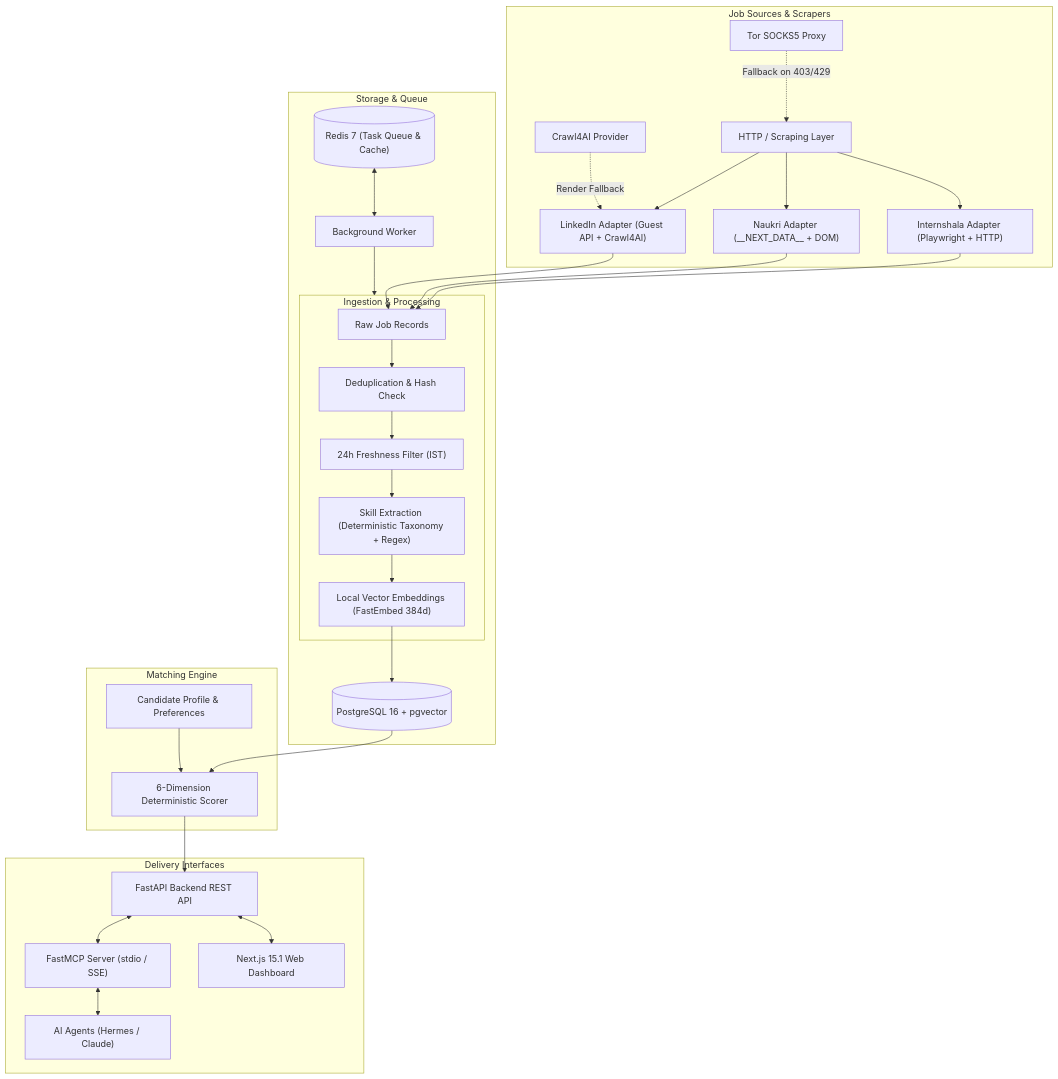
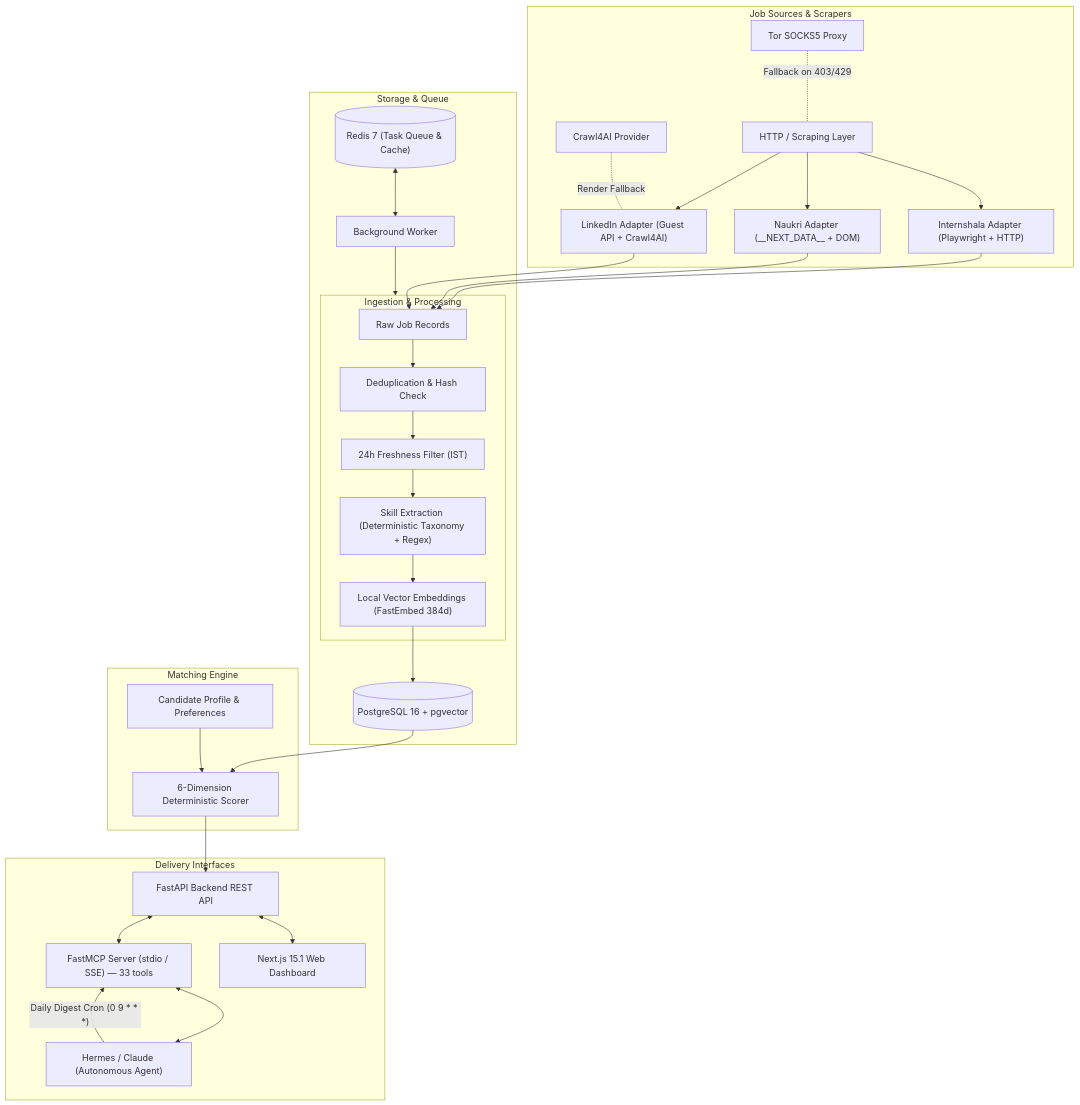
The diagram in README.MD (vivans720/AI-Job-Search), drawn with Mermaid before and after one commit. The commit also changed other lines of this file and 1 other file, not shown here.

````diff
--- a/README.MD
+++ b/README.MD
@@ -17,41 +17,42 @@
 ```mermaid
 flowchart TD
     subgraph Sources["Job Sources & Scrapers"]
         IN["Internshala Adapter (Playwright + HTTP)"]
         NK["Naukri Adapter (__NEXT_DATA__ + DOM)"]
         LI["LinkedIn Adapter (Guest API + Crawl4AI)"]
-        C4["Crawl4AI Provider"] -.->|Render Fallback| LI
-        TOR["Tor SOCKS5 Proxy"] -.->|Fallback on 403/429| HTTP["HTTP / Scraping Layer"]
+        C4["Crawl4AI Provider"] -.-|Render Fallback| LI
+        TOR["Tor SOCKS5 Proxy"] -.-|Fallback on 403/429| HTTP["HTTP / Scraping Layer"]
         HTTP --> IN
         HTTP --> NK
         HTTP --> LI
     end
 
     subgraph Pipeline["Ingestion & Processing"]
         IN --> RAW["Raw Job Records"]
         NK --> RAW
         LI --> RAW
         RAW --> DEDUP["Deduplication & Hash Check"]
         DEDUP --> FRESH["24h Freshness Filter (IST)"]
         FRESH --> SKILLS["Skill Extraction (Deterministic Taxonomy + Regex)"]
         SKILLS --> EMBED["Local Vector Embeddings (FastEmbed 384d)"]
     end
 
     subgraph Storage["Storage & Queue"]
         EMBED --> PG[("PostgreSQL 16 + pgvector")]
         REDIS[("Redis 7 (Task Queue & Cache)")] <--> WORKER["Background Worker"]
         WORKER --> Pipeline
     end
 
     subgraph Matching["Matching Engine"]
         PG --> MATCH["6-Dimension Deterministic Scorer"]
         PROFILE["Candidate Profile & Preferences"] --> MATCH
     end
 
     subgraph Interfaces["Delivery Interfaces"]
         MATCH --> API["FastAPI Backend REST API"]
         API <--> WEB["Next.js 15.1 Web Dashboard"]
-        API <--> MCP["FastMCP Server (stdio / SSE)"]
-        MCP <--> AGENT["AI Agents (Hermes / Claude)"]
+        API <--> MCP["FastMCP Server (stdio / SSE) — 33 tools"]
+        MCP <--> AGENT["Hermes / Claude (Autonomous Agent)"]
+        AGENT -->|"Daily Digest Cron (0 9 * * *)"| MCP
     end
 ```
````
